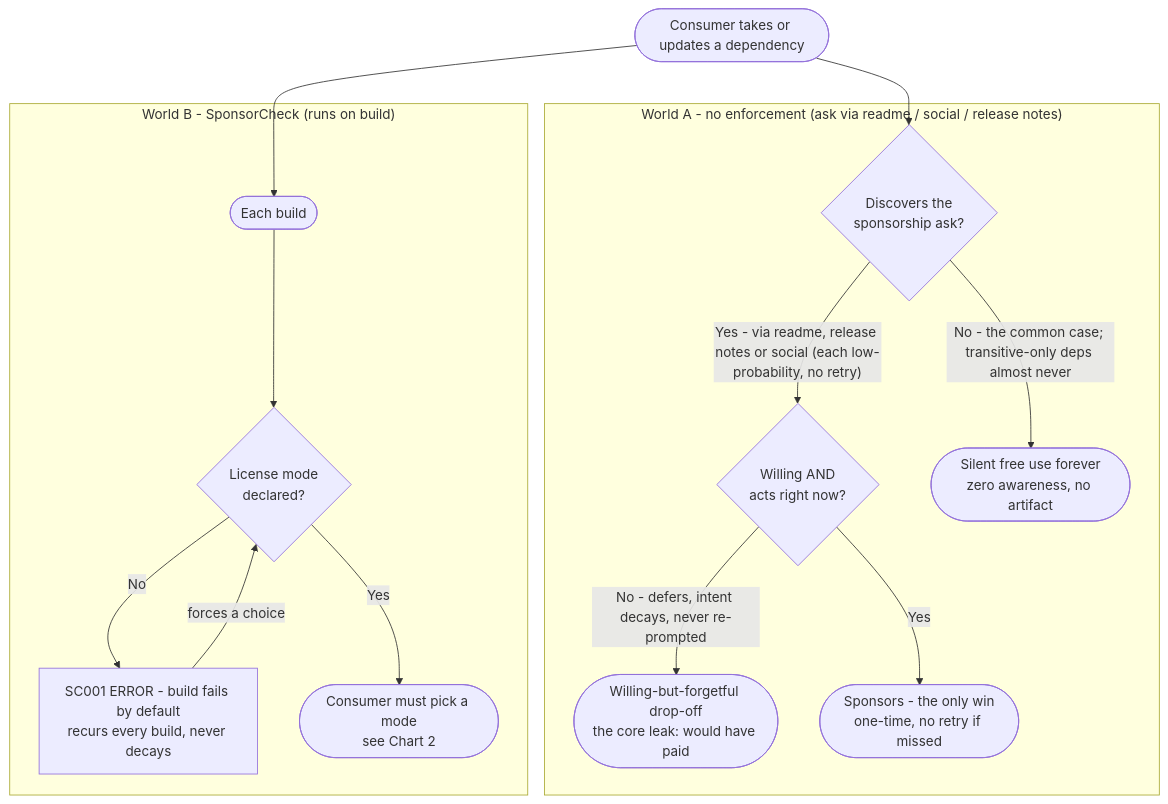
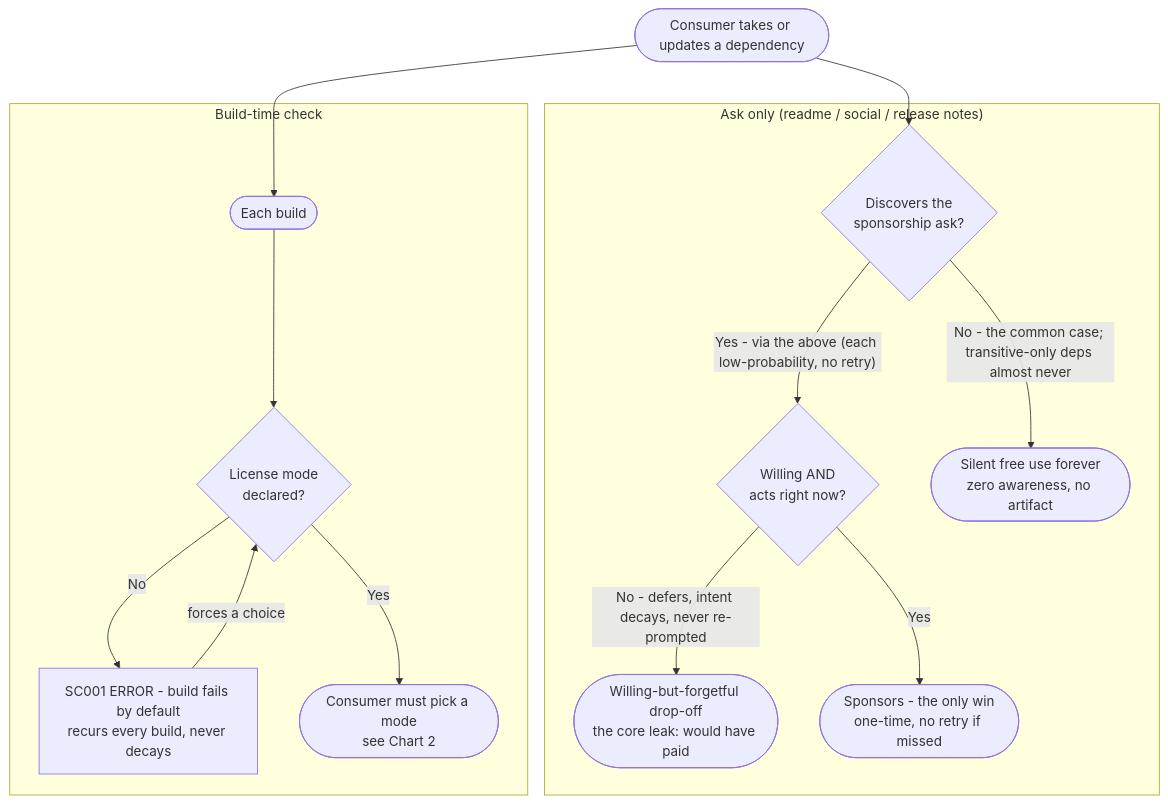
Before and after one commit to SimonCropp/SponsorCheck: the first of 4 diagrams in docs/WhyBuildTimeVerification.md, drawn with Mermaid. The commit also changed other lines of this file, not shown here.

````diff
--- a/docs/WhyBuildTimeVerification.md
+++ b/docs/WhyBuildTimeVerification.md
@@ -21,22 +21,22 @@
 ```mermaid
 flowchart TD
     Dep(["Consumer takes or updates a dependency"])
 
-    subgraph WorldA["World A - no enforcement (ask via readme / social / release notes)"]
+    subgraph WorldA["Ask only (readme / social / release notes)"]
         A1{"Discovers the<br/>sponsorship ask?"}
-        A1 -->|"Yes - via readme, release notes or social (each low-probability, no retry)"| A2{"Willing AND<br/>acts right now?"}
+        A1 -->|"Yes - via the above (each low-probability, no retry)"| A2{"Willing AND<br/>acts right now?"}
         A1 -->|"No - the common case; transitive-only deps almost never"| ASilent(["Silent free use forever<br/>zero awareness, no artifact"])
         A2 -->|"No - defers, intent decays, never re-prompted"| AForget(["Willing-but-forgetful drop-off<br/>the core leak: would have paid"])
         A2 -->|"Yes"| ASponsor(["Sponsors - the only win<br/>one-time, no retry if missed"])
     end
 
-    subgraph WorldB["World B - SponsorCheck (runs on build)"]
+    subgraph WorldB["Build-time check"]
         B1(["Each build"]) --> B2{"License mode<br/>declared?"}
         B2 -->|"No"| BSC001["SC001 ERROR - build fails by default<br/>recurs every build, never decays"]
         BSC001 -->|"forces a choice"| B2
         B2 -->|"Yes"| BChoose(["Consumer must pick a mode<br/>see Chart 2"])
     end
 
     Dep --> A1
     Dep --> B1
 ```
````
